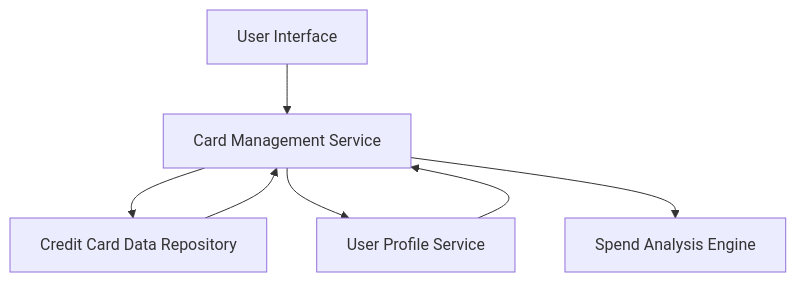
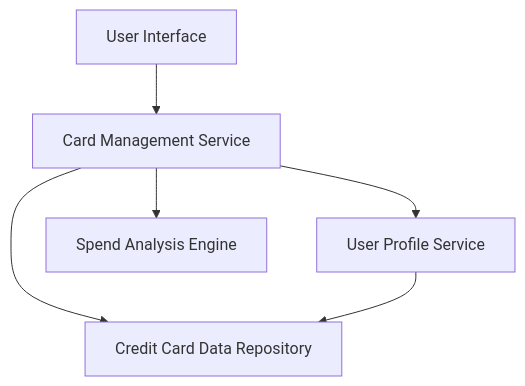
Before and after one commit to AAVA-Demo/APB_Demo: the diagram in HLD/QE-8566_HLD.md, drawn with Mermaid. The commit also changed other lines of this file and 5 other files, not shown here.

````diff
--- a/HLD/QE-8566_HLD.md
+++ b/HLD/QE-8566_HLD.md
@@ -7,14 +7,13 @@
 ```mermaid
 flowchart TD
     A["User Interface"]
     B["Card Management Service"]
-    C["Credit Card Data Repository"]
-    D["User Profile Service"]
+    C["User Profile Service"]
+    D["Credit Card Data Repository"]
     E["Spend Analysis Engine"]
     A --> B
     B --> C
     B --> D
     B --> E
-    C --> B
-    D --> B
+    C --> D
 ```
````
